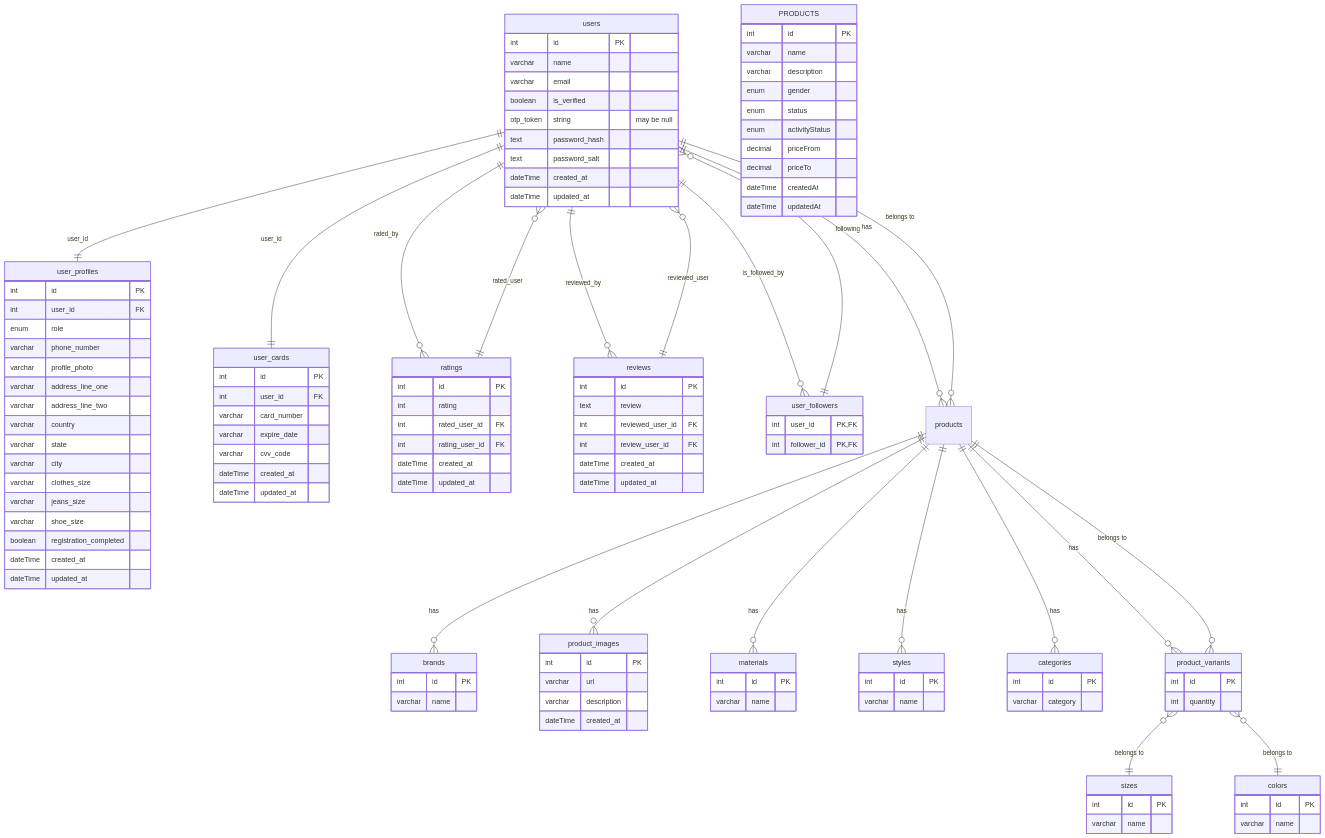
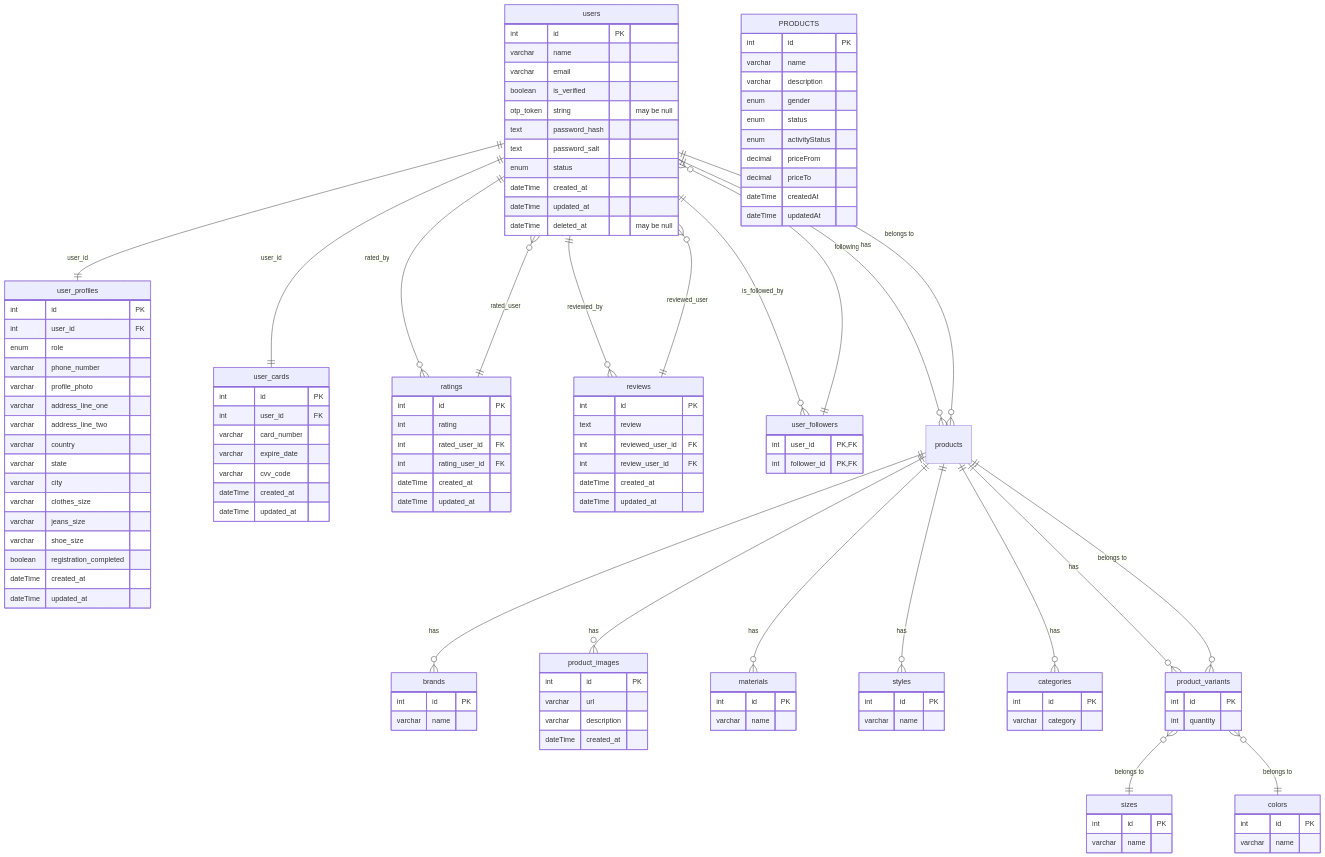
The diagram in README.md (ZenBit-Tech/sunny-bunnies_be), drawn with Mermaid before and after one commit.

Commit message:
fix: readm me update

```diff
--- a/README.md
+++ b/README.md
@@ -50,8 +50,10 @@
     otp_token string "may be null"
     text password_hash
     text password_salt
+    enum status
     dateTime created_at
     dateTime updated_at
+    dateTime deleted_at "may be null"
   }
 
   user_profiles {
@@ -161,7 +163,7 @@
     int id PK
     varchar name
     varchar description
-    enum gender 
+    enum gender
     enum  status
     enum activityStatus
     decimal priceFrom
```
